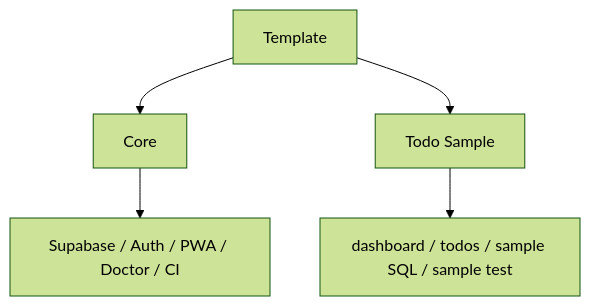
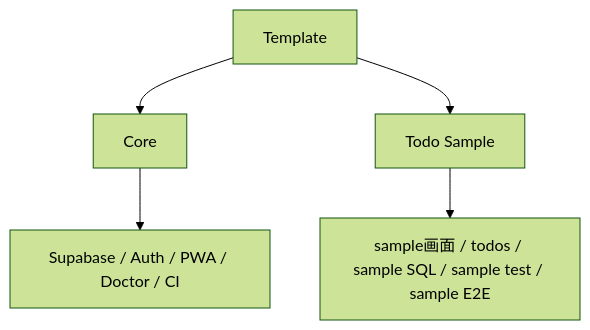
The fourth of 8 diagrams in GETTING-STARTED.md (k-systems202208/nextjs-supabase-vercel-webapp-template), drawn with Mermaid (forest theme) before and after one commit. The commit also changed other lines of this file and 8 other files, not shown here.

````diff
--- a/GETTING-STARTED.md
+++ b/GETTING-STARTED.md
@@ -171,7 +172,7 @@
 ```mermaid
 flowchart TD
     T["Template"] --> C["Core"]
     T --> S["Todo Sample"]
     C --> C1["Supabase / Auth / PWA / Doctor / CI"]
-    S --> S1["dashboard / todos / sample SQL / sample test"]
+    S --> S1["sample画面 / todos / sample SQL / sample test / sample E2E"]
 ```
````
